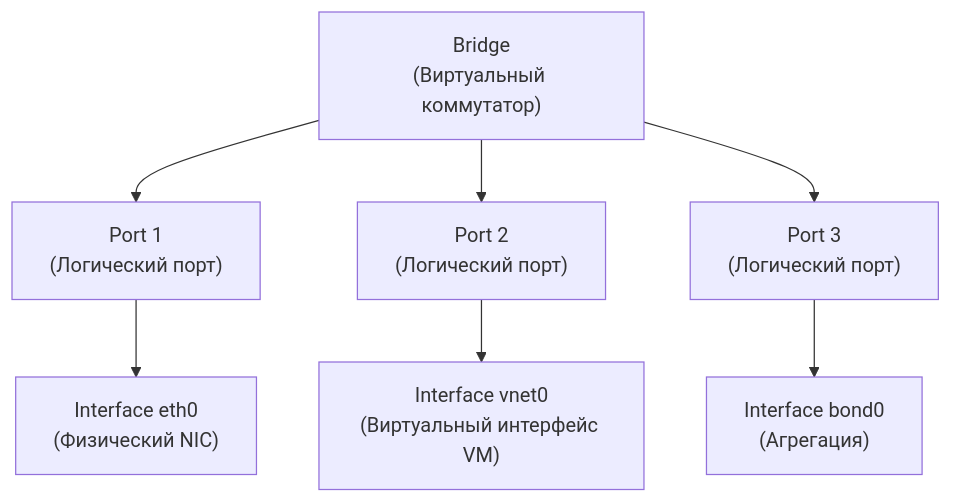
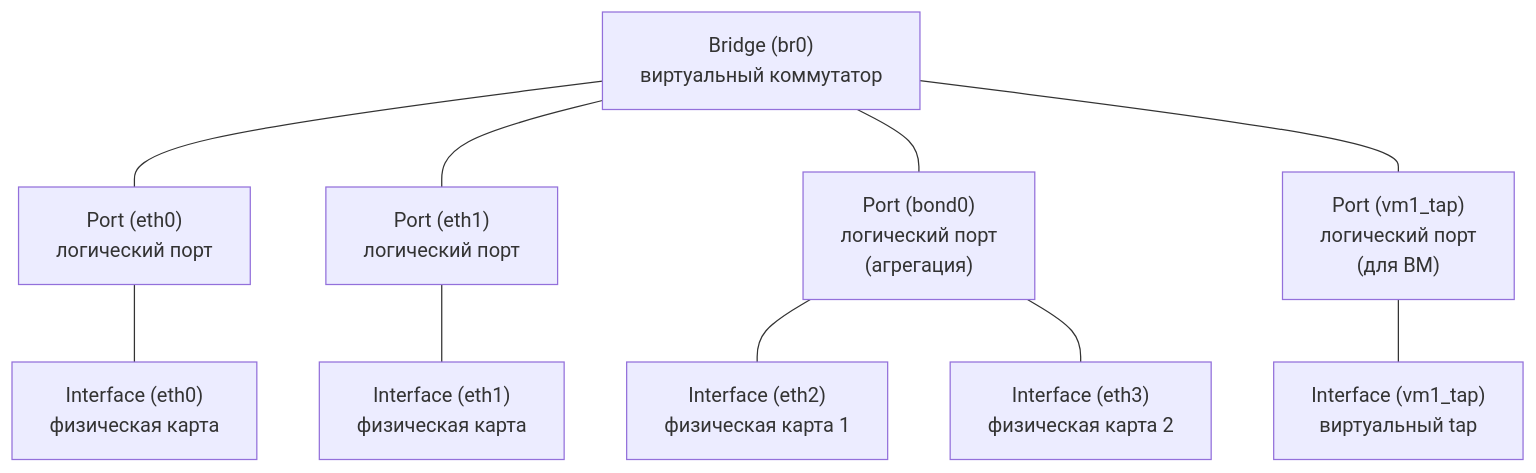
One commit to Dzhambulat-Kagermanov/obsidian-ggkit-C1.23.41 changed the diagram in ПМ.02 Организация сетевого администрирования операционных систем/7. Настройка коммутации через OpenvSwitch.md. Above: the diagram before and after it, drawn with Mermaid. The commit also changed other lines of this file, not shown here.

Commit message:
vault backup: 2026-10-06 23:14:28

````diff
--- a/ПМ.02 Организация сетевого администрирования операционных систем/7. Настройка коммутации через OpenvSwitch.md
+++ b/ПМ.02 Организация сетевого администрирования операционных систем/7. Настройка коммутации через OpenvSwitch.md
@@ -8,19 +30,26 @@
 ```mermaid
 graph TD
-  BR["Bridge<br/>(Виртуальный коммутатор)"]
-  P1["Port 1<br/>(Логический порт)"]
-  P2["Port 2<br/>(Логический порт)"]
-  P3["Port 3<br/>(Логический порт)"]
+  BR["Bridge (br0)<br/> виртуальный коммутатор"]
   
-  I1["Interface eth0<br/>(Физический NIC)"]
-  I2["Interface vnet0<br/>(Виртуальный интерфейс VM)"]
-  I3["Interface bond0<br/>(Агрегация)"]
+  P1["Port (eth0)<br/> логический порт"]
+  P2["Port (eth1)<br/> логический порт"]
+  P3["Port (bond0)<br/> логический порт<br/>(агрегация)"]
+  P4["Port (vm1_tap)<br/> логический порт<br/>(для ВМ)"]
   
-  BR --> P1
-  BR --> P2
-  BR --> P3
+  I1["Interface (eth0)<br/> физическая карта"]
+  I2["Interface (eth1)<br/> физическая карта"]
+  I3["Interface (eth2)<br/> физическая карта 1"]
+  I4["Interface (eth3)<br/> физическая карта 2"]
+  I5["Interface (vm1_tap)<br/> виртуальный tap"]
   
-  P1 --> I1
-  P2 --> I2
-  P3 --> I3
+  BR --- P1
+  BR --- P2
+  BR --- P3
+  BR --- P4
+  
+  P1 --- I1
+  P2 --- I2
+  P3 --- I3
+  P3 --- I4
+  P4 --- I5
 ```
````
